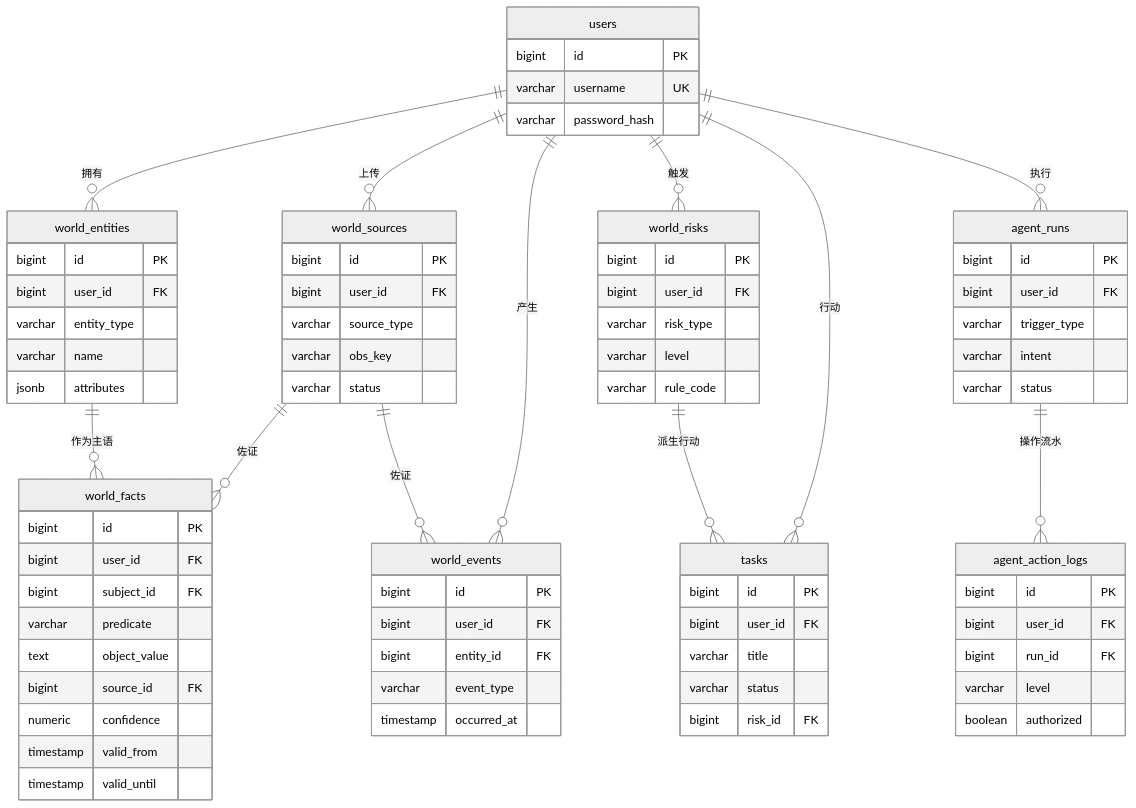
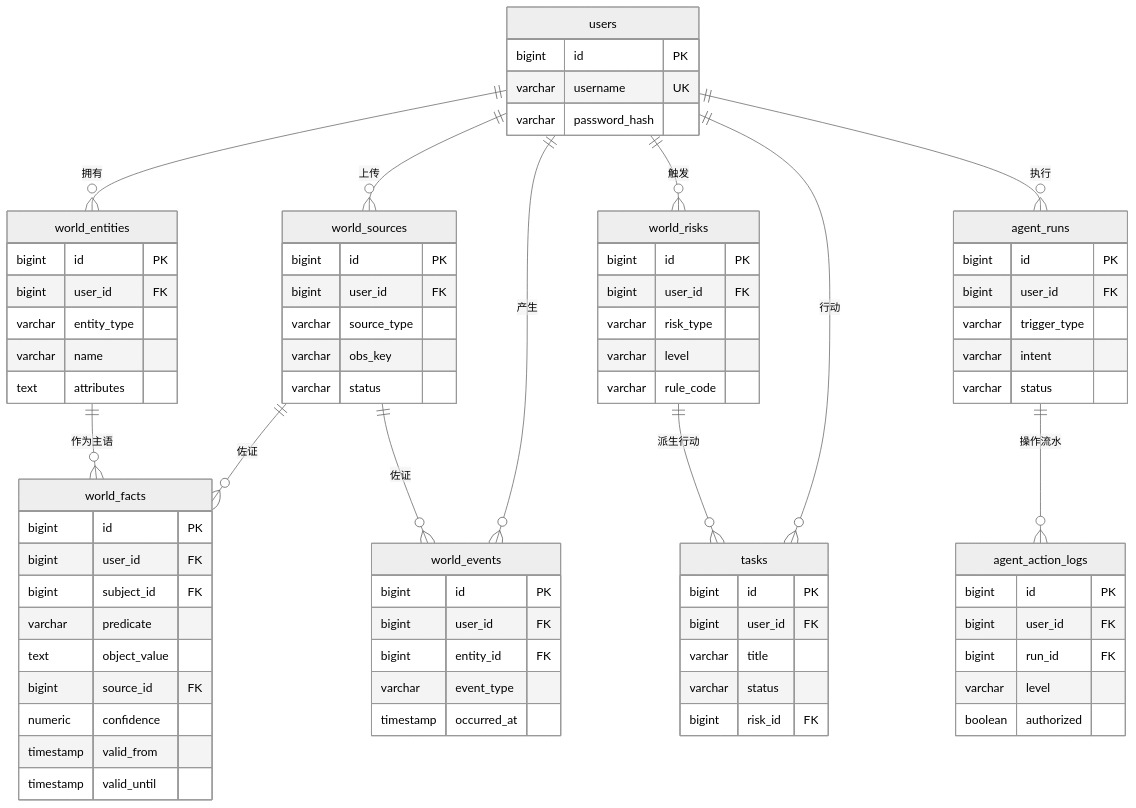
One commit to shuaijieli064-collab/HarmonyICT changed the diagram in docs/database-design.md. Above: the diagram before and after it, drawn with Mermaid (neutral theme). The commit also changed other lines of this file and 6 other files, not shown here.

Commit message:
[A] fix: 落实 PR #1 review 拍板（sourceId 透传契约、90011-90013 错误码、facts/sources 补列、level 统一 medium）并补全 schema.sql 九张表 DDL

````diff
--- a/docs/database-design.md
+++ b/docs/database-design.md
@@ -19,80 +21,80 @@
 ```mermaid
 erDiagram
     users ||--o{ world_entities : "拥有"
     users ||--o{ world_sources : "上传"
     users ||--o{ world_events : "产生"
     users ||--o{ world_risks : "触发"
     users ||--o{ tasks : "行动"
     users ||--o{ agent_runs : "执行"
     world_entities ||--o{ world_facts : "作为主语"
     world_sources ||--o{ world_facts : "佐证"
     world_sources ||--o{ world_events : "佐证"
     world_risks ||--o{ tasks : "派生行动"
     agent_runs ||--o{ agent_action_logs : "操作流水"
 
     users {
         bigint id PK
         varchar username UK
         varchar password_hash
     }
     world_entities {
         bigint id PK
         bigint user_id FK
         varchar entity_type
         varchar name
-        jsonb attributes
+        text attributes
     }
     world_sources {
         bigint id PK
         bigint user_id FK
         varchar source_type
         varchar obs_key
         varchar status
     }
     world_facts {
         bigint id PK
         bigint user_id FK
         bigint subject_id FK
         varchar predicate
         text object_value
         bigint source_id FK
         numeric confidence
         timestamp valid_from
         timestamp valid_until
     }
     world_events {
         bigint id PK
         bigint user_id FK
         bigint entity_id FK
         varchar event_type
         timestamp occurred_at
     }
     world_risks {
         bigint id PK
         bigint user_id FK
         varchar risk_type
         varchar level
         varchar rule_code
     }
     tasks {
         bigint id PK
         bigint user_id FK
         varchar title
         varchar status
         bigint risk_id FK
     }
     agent_runs {
         bigint id PK
         bigint user_id FK
         varchar trigger_type
         varchar intent
         varchar status
     }
     agent_action_logs {
         bigint id PK
         bigint user_id FK
         bigint run_id FK
         varchar level
         boolean authorized
     }
 ```
````
